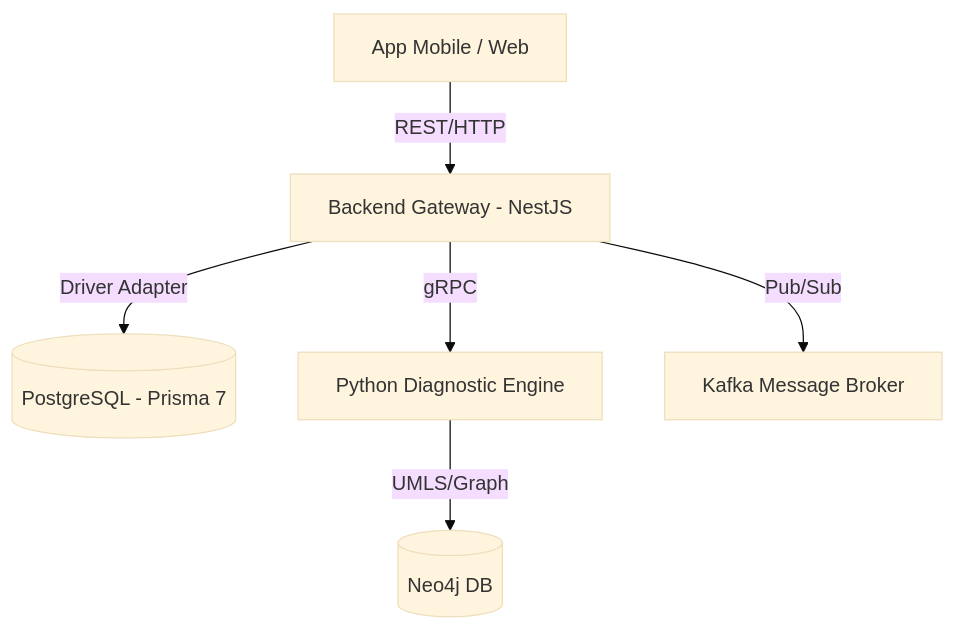
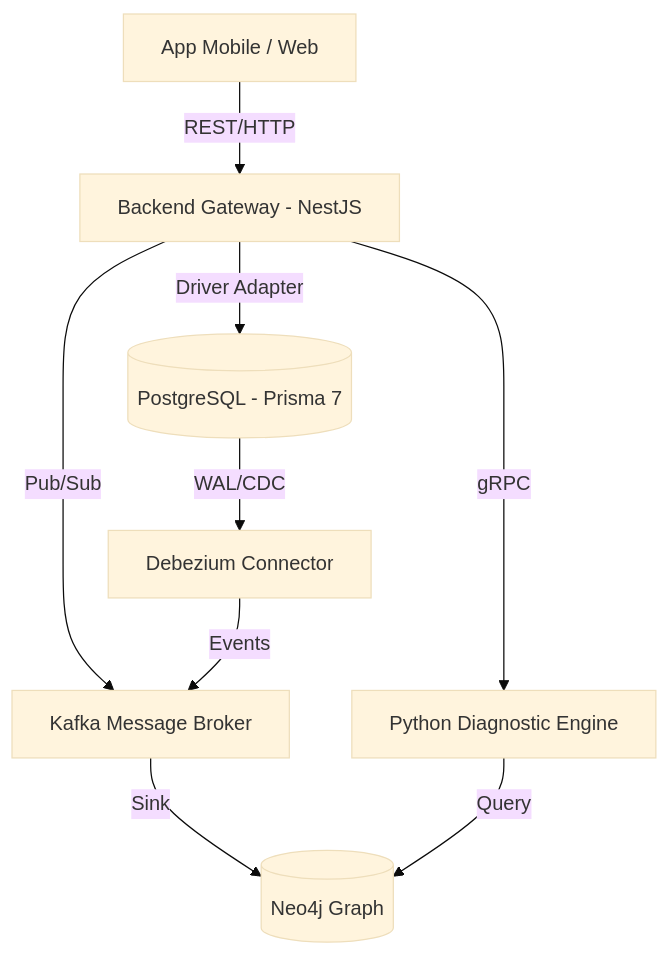
The diagram in brain/05-Backend-Gateway/00 - Mapa Geral.md (Gabrielc476/projeto-medico), drawn with Mermaid (base theme) before and after one commit. The commit also changed other lines of this file and 69 other files, not shown here.

````diff
--- a/brain/05-Backend-Gateway/00 - Mapa Geral.md
+++ b/brain/05-Backend-Gateway/00 - Mapa Geral.md
@@ -7,8 +7,11 @@
 ```mermaid
 graph TD
     Client[App Mobile / Web] -->|REST/HTTP| Gateway[Backend Gateway - NestJS]
     Gateway -->|Driver Adapter| Postgres[(PostgreSQL - Prisma 7)]
     Gateway -->|gRPC| Diagnostic[Python Diagnostic Engine]
     Gateway -->|Pub/Sub| Kafka[Kafka Message Broker]
-    Diagnostic -->|UMLS/Graph| Neo4j[(Neo4j DB)]
+    Postgres -->|WAL/CDC| Debezium[Debezium Connector]
+    Debezium -->|Events| Kafka
+    Kafka -->|Sink| Neo4j[(Neo4j Graph)]
+    Diagnostic -->|Query| Neo4j
 ```
````
